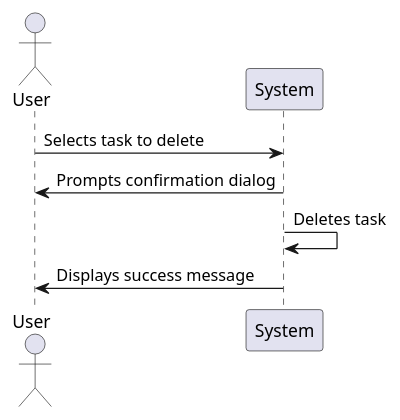
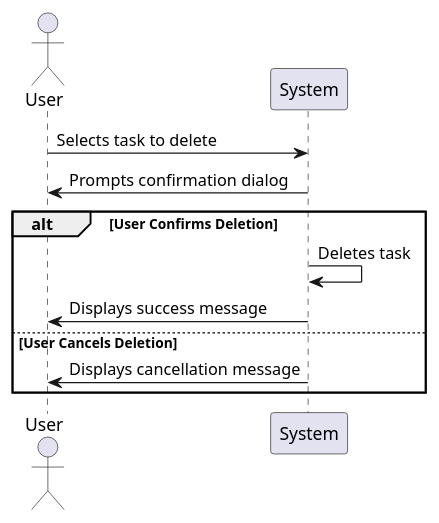
The diagram in design/sequence_diagrams/SD2.puml (Karim-Ashraf1/Task-Management-System), drawn with PlantUML before and after one commit.

```diff
--- a/design/sequence_diagrams/SD2.puml
+++ b/design/sequence_diagrams/SD2.puml
@@ -1,10 +1,14 @@
 @startuml
 
 actor User
 
 User -> System: Selects task to delete
 System -> User: Prompts confirmation dialog
-System -> System: Deletes task
-System -> User: Displays success message
+alt User Confirms Deletion
+    System -> System: Deletes task
+    System -> User: Displays success message
+else User Cancels Deletion
+    System -> User: Displays cancellation message
+end
 
 @enduml
```
